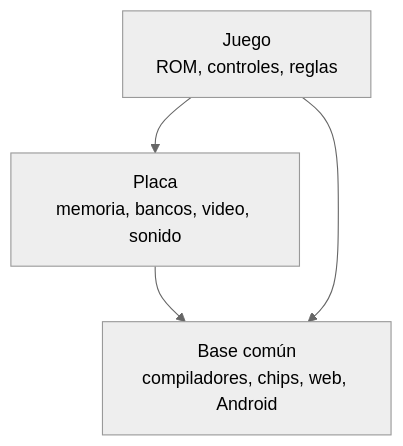
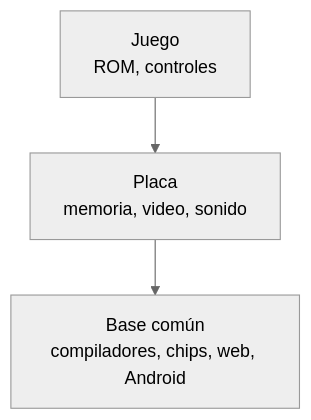
The fifth of 5 diagrams in README.md (krukmat/gng-ghidra), drawn with Mermaid (neutral theme) before and after one commit. The commit also changed other lines of this file, not shown here.

````diff
--- a/README.md
+++ b/README.md
@@ -157,6 +109,5 @@
 ```mermaid
 flowchart TB
-  G["Juego<br/>ROM, controles, reglas"] --> BO["Placa<br/>memoria, bancos, video, sonido"]
-  BO --> BA["Base común<br/>compiladores, chips, web, Android"]
-  G --> BA
+  G["Juego<br/>ROM, controles"] --> B["Placa<br/>memoria, video, sonido"]
+  B --> C["Base común<br/>compiladores, chips, web, Android"]
 ```
````
